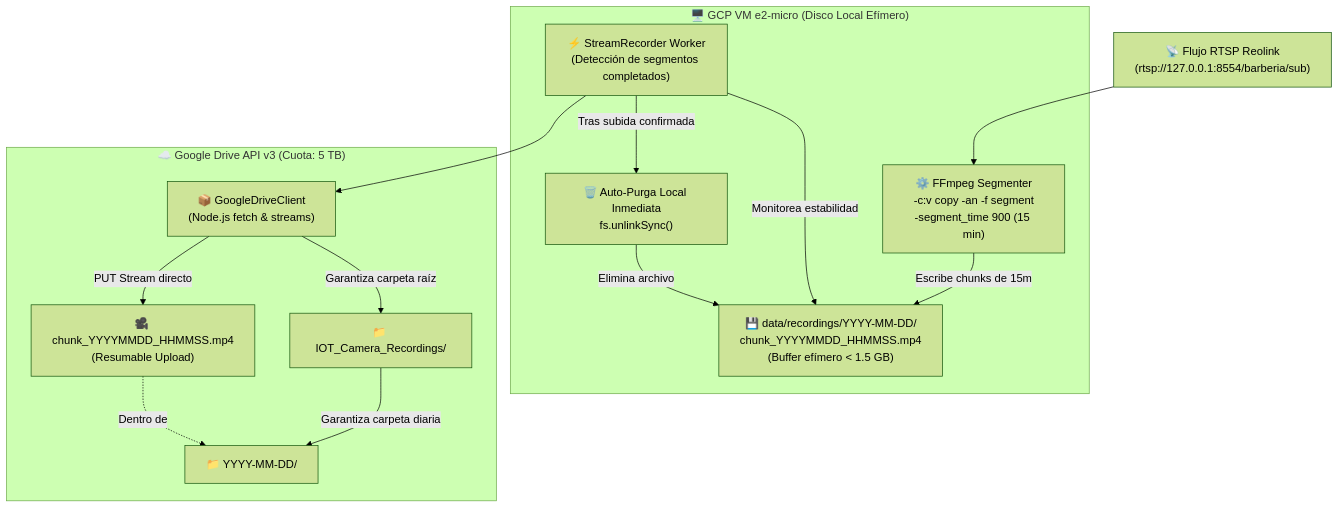
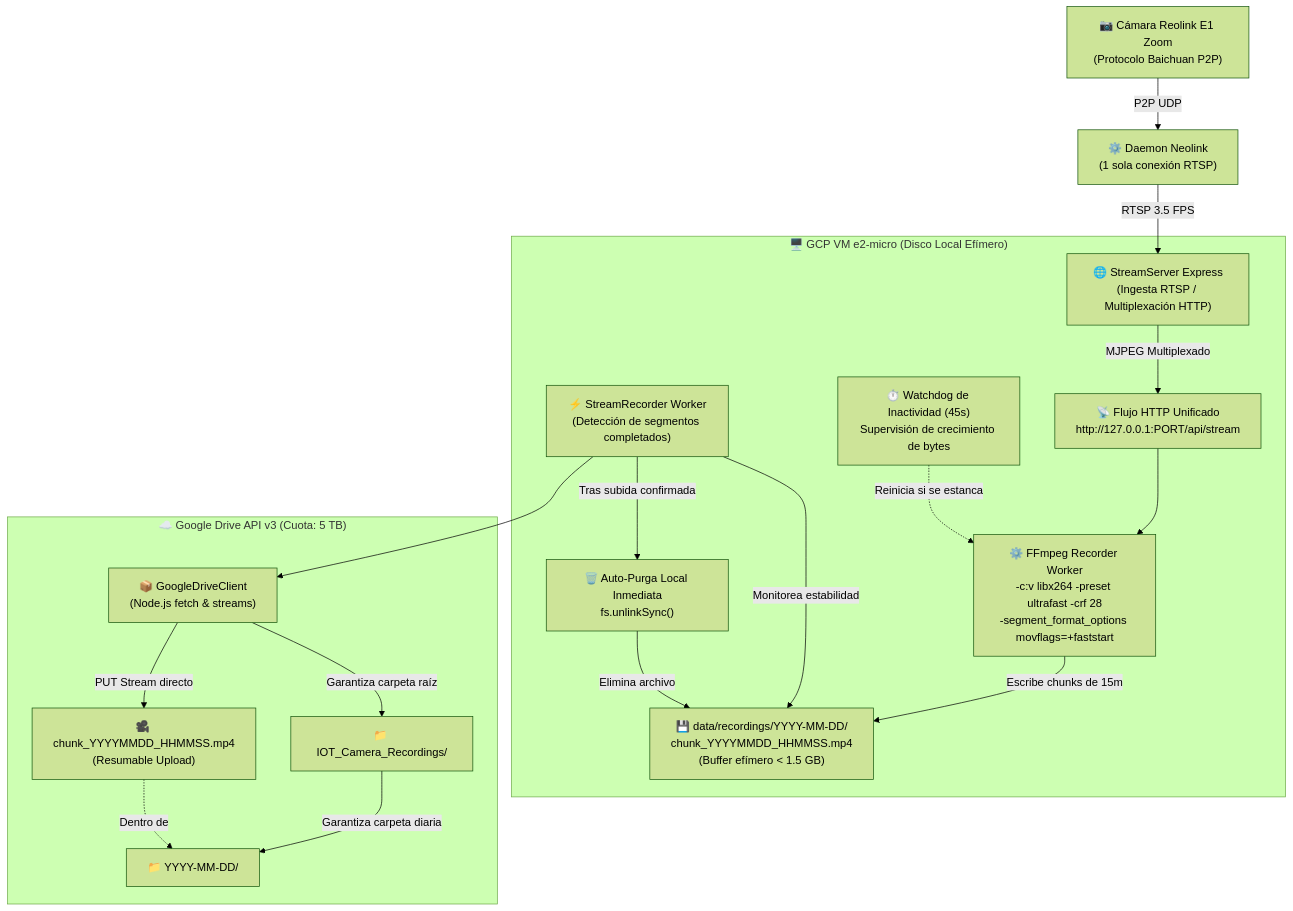
The diagram in agent/decisions/22-gdrive-stream-recording-and-storage.md (mijahilbarra/smartcam), drawn with Mermaid (forest theme) before and after one commit. The commit also changed other lines of this file and 28 other files, not shown here.

Commit message:
fix(recorder): consume unified HTTP stream with ultrafast encoding and stall watchdog

````diff
--- a/agent/decisions/22-gdrive-stream-recording-and-storage.md
+++ b/agent/decisions/22-gdrive-stream-recording-and-storage.md
@@ -34,31 +40,40 @@
 ```mermaid
 flowchart TB
-    RTSP["📡 Flujo RTSP Reolink<br/>(rtsp://127.0.0.1:8554/barberia/sub)"]
+    CAM["📷 Cámara Reolink E1 Zoom<br/>(Protocolo Baichuan P2P)"]
+    NEOLINK["⚙️ Daemon Neolink<br/>(1 sola conexión RTSP)"]
+    STREAM_SERVER["🌐 StreamServer Express<br/>(Ingesta RTSP / Multiplexación HTTP)"]
+
+    CAM -->|P2P UDP| NEOLINK
+    NEOLINK -->|RTSP 3.5 FPS| STREAM_SERVER
 
     subgraph VM ["🖥️ GCP VM e2-micro (Disco Local Efímero)"]
-        FFMPEG["⚙️ FFmpeg Segmenter<br/>-c:v copy -an -f segment<br/>-segment_time 900 (15 min)"]
+        HTTP_FEED["📡 Flujo HTTP Unificado<br/>http://127.0.0.1:PORT/api/stream"]
+        STREAM_SERVER -->|MJPEG Multiplexado| HTTP_FEED
+
+        FFMPEG["⚙️ FFmpeg Recorder Worker<br/>-c:v libx264 -preset ultrafast -crf 28<br/>-segment_format_options movflags=+faststart"]
+        WATCHDOG["⏱️ Watchdog de Inactividad (45s)<br/>Supervisión de crecimiento de bytes"]
         TMP_DISK["💾 data/recordings/YYYY-MM-DD/<br/>chunk_YYYYMMDD_HHMMSS.mp4<br/>(Buffer efímero < 1.5 GB)"]
         RECORDER["⚡ StreamRecorder Worker<br/>(Detección de segmentos completados)"]
         PURGE["🗑️ Auto-Purga Local Inmediata<br/>fs.unlinkSync()"]
 
+        HTTP_FEED --> FFMPEG
+        WATCHDOG -.->|Reinicia si se estanca| FFMPEG
         FFMPEG -->|Escribe chunks de 15m| TMP_DISK
         RECORDER -->|Monitorea estabilidad| TMP_DISK
         RECORDER -->|Tras subida confirmada| PURGE
         PURGE -->|Elimina archivo| TMP_DISK
     end
 
     subgraph GDRIVE ["☁️ Google Drive API v3 (Cuota: 5 TB)"]
         GCLIENT["📦 GoogleDriveClient<br/>(Node.js fetch & streams)"]
         ROOT_FOLDER["📁 IOT_Camera_Recordings/"]
         DAY_FOLDER["📁 YYYY-MM-DD/"]
         VIDEO_FILE["🎥 chunk_YYYYMMDD_HHMMSS.mp4<br/>(Resumable Upload)"]
 
         RECORDER --> GCLIENT
         GCLIENT -->|Garantiza carpeta raíz| ROOT_FOLDER
         ROOT_FOLDER -->|Garantiza carpeta diaria| DAY_FOLDER
         GCLIENT -->|PUT Stream directo| VIDEO_FILE
         VIDEO_FILE -.->|Dentro de| DAY_FOLDER
     end
-
-    RTSP --> FFMPEG
 ```
````
